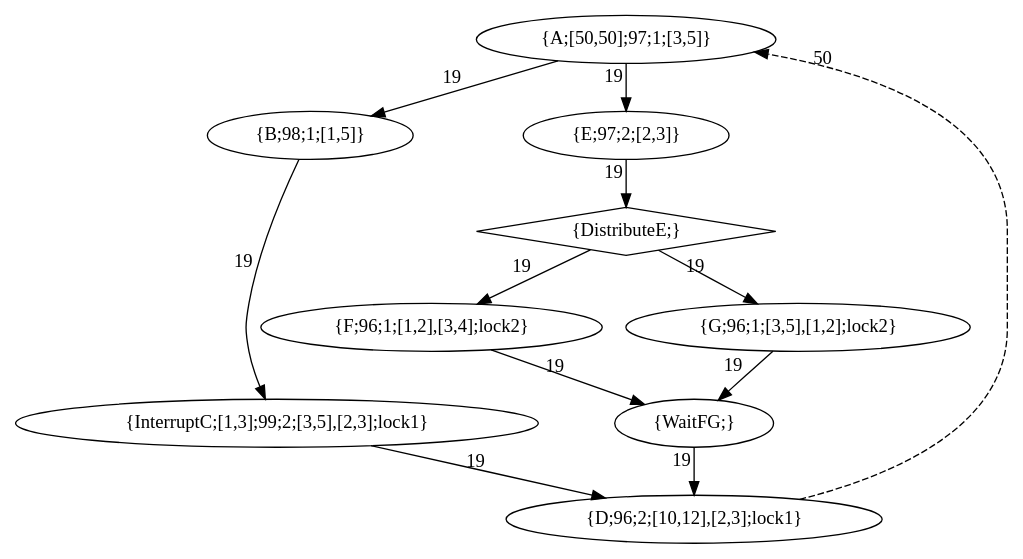
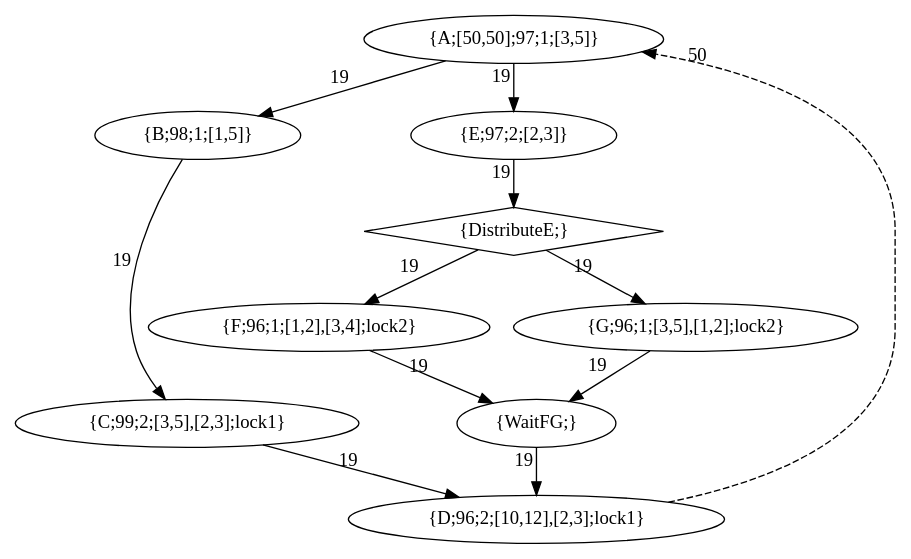
The diagram in example/label.dot (kevindadi/PPTPN), drawn with Graphviz before and after one commit. The commit also changed 8 other files, not shown here.

```diff
--- a/example/label.dot
+++ b/example/label.dot
@@ -1,22 +1,22 @@
 digraph G {
     A [label = "{A;[50,50];97;1;[3,5]}";];
     A -> B [xlabel = "19"; style = "";];
     A -> E [xlabel = "19"; style = "";];
     B [label = "{B;98;1;[1,5]}";];
-    B -> InterruptC [xlabel = "19"; style = "";];
-    InterruptC [label = "{InterruptC;[1,3];99;2;[3,5],[2,3];lock1}";];
-    InterruptC -> D [xlabel = "19"; style = "ddd";];
+    B -> C [xlabel = "19"; style = "";];
+    C [label = "{C;99;2;[3,5],[2,3];lock1}";];
+    C -> D [xlabel = "19"; style = "ddd";];
     D [label = "{D;96;2;[10,12],[2,3];lock1}";];
     E [label = "{E;97;2;[2,3]}";];
     E -> DistributeE [xlabel = "19"; style = "";];
     DistributeE -> F [xlabel = "19"; style = "";];
     DistributeE -> G [xlabel = "19"; style = "";];
     F -> WaitFG [xlabel = "19"; style = "";];
     G -> WaitFG [xlabel = "19"; style = "";];
     WaitFG [label = "{WaitFG;}";];
     WaitFG -> D [xlabel = "19"; style = "";];
     DistributeE [label = "{DistributeE;}";shape = "diamond";];
     F [label = "{F;96;1;[1,2],[3,4];lock2}";];
     G [label = "{G;96;1;[3,5],[1,2];lock2}";];
     D -> A [xlabel = "50"; style = "dashed";];
 }
```
